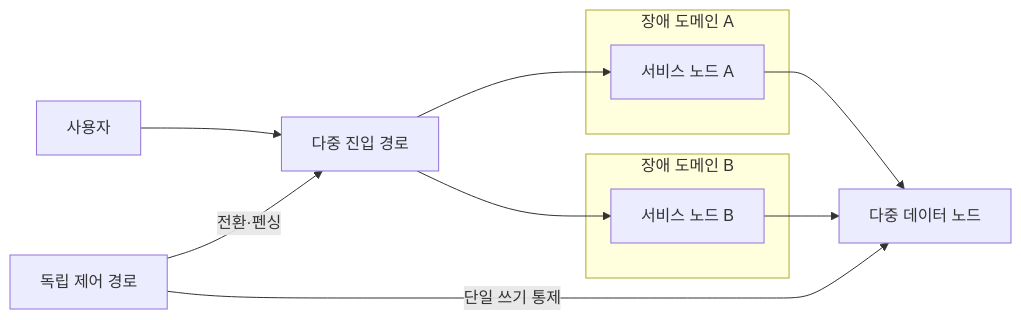
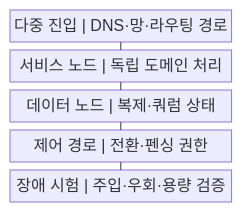
One commit to agnusdei1207/knowledge-base changed the first of 2 diagrams in src/content/docs/notes/03-software/199_spof_elimination.md. Above: the diagram before and after it, drawn with Mermaid. The commit also changed other lines of this file and 20 other files, not shown here.

````diff
--- a/src/content/docs/notes/03-software/199_spof_elimination.md
+++ b/src/content/docs/notes/03-software/199_spof_elimination.md
@@ -57,20 +57,13 @@
 ```mermaid
-flowchart LR
-    U[사용자]
-    E[다중 진입 경로]
-    subgraph A[장애 도메인 A]
-        S1[서비스 노드 A]
-    end
-    subgraph B[장애 도메인 B]
-        S2[서비스 노드 B]
-    end
-    D[다중 데이터 노드]
-    C[독립 제어 경로]
-    U --> E
-    E --> S1
-    E --> S2
-    S1 --> D
-    S2 --> D
-    C -->|전환·펜싱| E
-    C -->|단일 쓰기 통제| D
+block
+    columns 1
+    A["다중 진입 | DNS·망·라우팅 경로"]
+    B["서비스 노드 | 독립 도메인 처리"]
+    C["데이터 노드 | 복제·쿼럼 상태"]
+    D["제어 경로 | 전환·펜싱 권한"]
+    E["장애 시험 | 주입·우회·용량 검증"]
+    A --- B
+    B --- C
+    C --- D
+    D --- E
 ```
````
